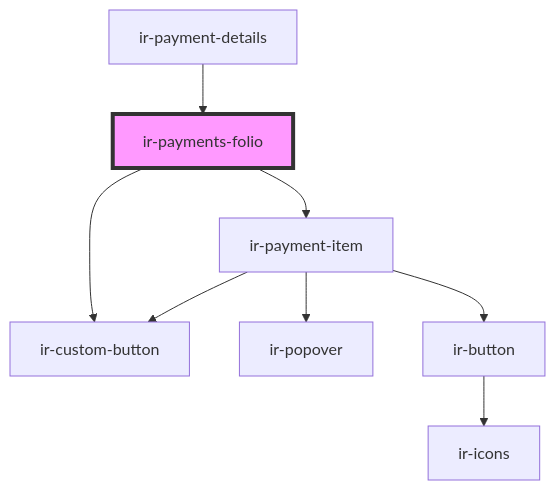
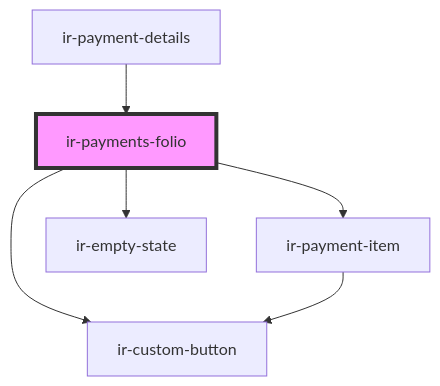
Before and after one commit to RonyRizk/ir-webcmp: the diagram in src/components/ir-booking-details/ir-payment-details/ir-payments-folio/readme.md, drawn with Mermaid. The commit also changed other lines of this file and 433 other files, not shown here.

````diff
--- a/src/components/ir-booking-details/ir-payment-details/ir-payments-folio/readme.md
+++ b/src/components/ir-booking-details/ir-payment-details/ir-payments-folio/readme.md
@@ -37,11 +38,9 @@
 ```mermaid
 graph TD;
   ir-payments-folio --> ir-payment-item
+  ir-payments-folio --> ir-empty-state
   ir-payments-folio --> ir-custom-button
-  ir-payment-item --> ir-popover
-  ir-payment-item --> ir-button
   ir-payment-item --> ir-custom-button
-  ir-button --> ir-icons
   ir-payment-details --> ir-payments-folio
   style ir-payments-folio fill:#f9f,stroke:#333,stroke-width:4px
 ```
````
